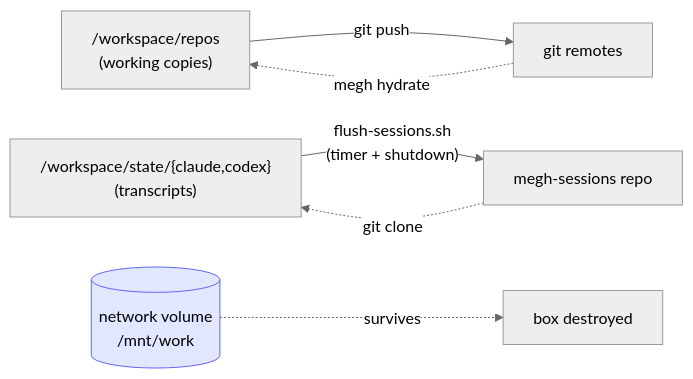
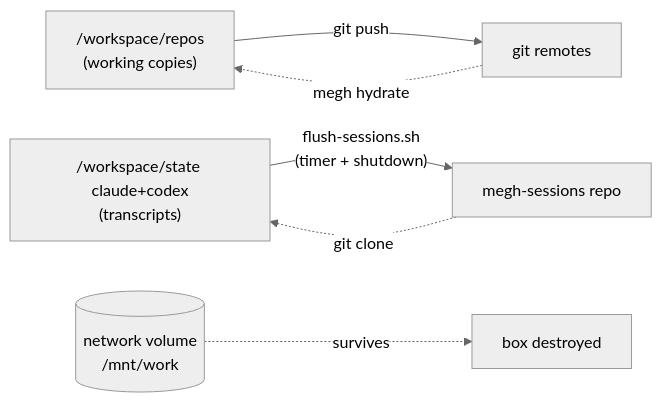
The fifth of 5 diagrams in docs/LIFECYCLE.md (panyam/megh), drawn with Mermaid (neutral theme) before and after one commit. The commit also changed other lines of this file, not shown here.

Commit message:
Fix mermaid syntax in LIFECYCLE.md (entities, braces, classDef ordering, br)

````diff
--- a/docs/LIFECYCLE.md
+++ b/docs/LIFECYCLE.md
@@ -123,10 +123,9 @@
 ```mermaid
 flowchart LR
-  repos["/workspace/repos<br/>(working copies)"] -->|"git push"| gh["git remotes"]
-  state["/workspace/state/{claude,codex}<br/>(transcripts)"] -->|"flush-sessions.sh<br/>(timer + shutdown)"| sess["megh-sessions repo"]
+  repos["/workspace/repos<br>(working copies)"] -->|"git push"| gh["git remotes"]
+  state["/workspace/state claude+codex<br>(transcripts)"] -->|"flush-sessions.sh<br>(timer + shutdown)"| sess["megh-sessions repo"]
   gh -.->|"megh hydrate"| repos
   sess -.->|"git clone"| state
-  vol[("network volume<br/>/mnt/work")]:::vol
+  vol[("network volume<br>/mnt/work")]
   vol -.->|"survives"| destroy["box destroyed"]
-  classDef vol fill:#e0e7ff,stroke:#6366f1;
 ```
````
